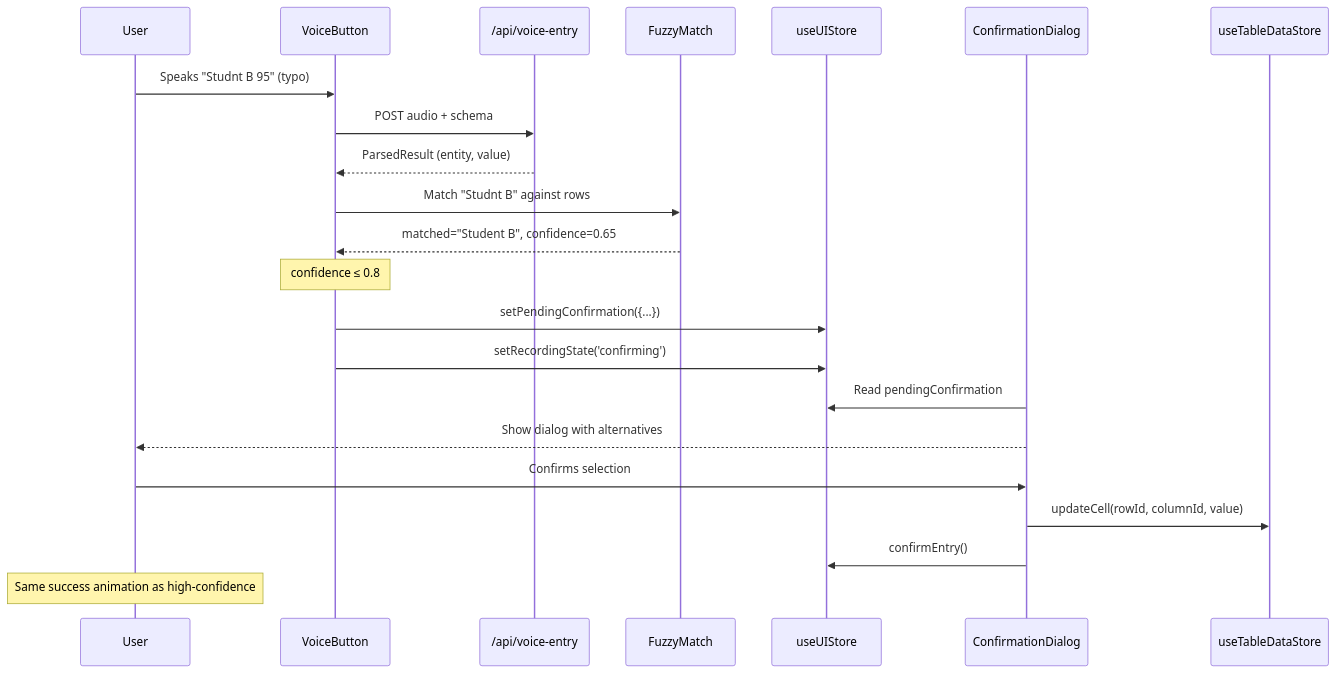
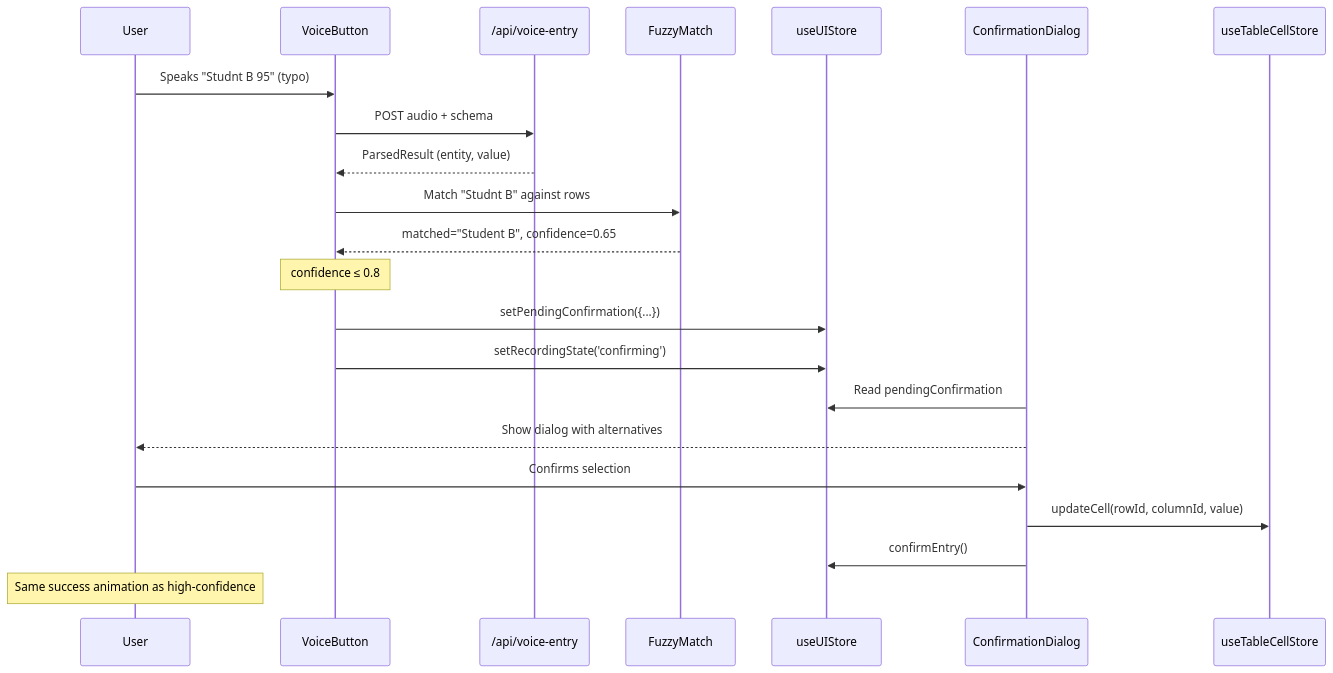
Before and after one commit to ofekcofman98/v-and-x-project: the second of 2 diagrams in logs/VOICE_STORE_FLOW.md, drawn with Mermaid. The commit also changed other lines of this file and 7 other files, not shown here.

````diff
--- a/logs/VOICE_STORE_FLOW.md
+++ b/logs/VOICE_STORE_FLOW.md
@@ -48,30 +48,30 @@
 ```mermaid
 sequenceDiagram
     participant User
     participant VoiceButton
     participant API as /api/voice-entry
     participant FuzzyMatch
     participant UIStore as useUIStore
     participant ConfirmDialog as ConfirmationDialog
-    participant TableStore as useTableDataStore
+    participant TableStore as useTableCellStore
 
     User->>VoiceButton: Speaks "Studnt B 95" (typo)
     VoiceButton->>API: POST audio + schema
     API-->>VoiceButton: ParsedResult (entity, value)
     VoiceButton->>FuzzyMatch: Match "Studnt B" against rows
     FuzzyMatch-->>VoiceButton: matched="Student B", confidence=0.65
     
     Note over VoiceButton: confidence ≤ 0.8
     
     VoiceButton->>UIStore: setPendingConfirmation({...})
     VoiceButton->>UIStore: setRecordingState('confirming')
     
     ConfirmDialog->>UIStore: Read pendingConfirmation
     ConfirmDialog-->>User: Show dialog with alternatives
     
     User->>ConfirmDialog: Confirms selection
     ConfirmDialog->>TableStore: updateCell(rowId, columnId, value)
     ConfirmDialog->>UIStore: confirmEntry()
     
     Note over User: Same success animation as high-confidence
 ```
````
